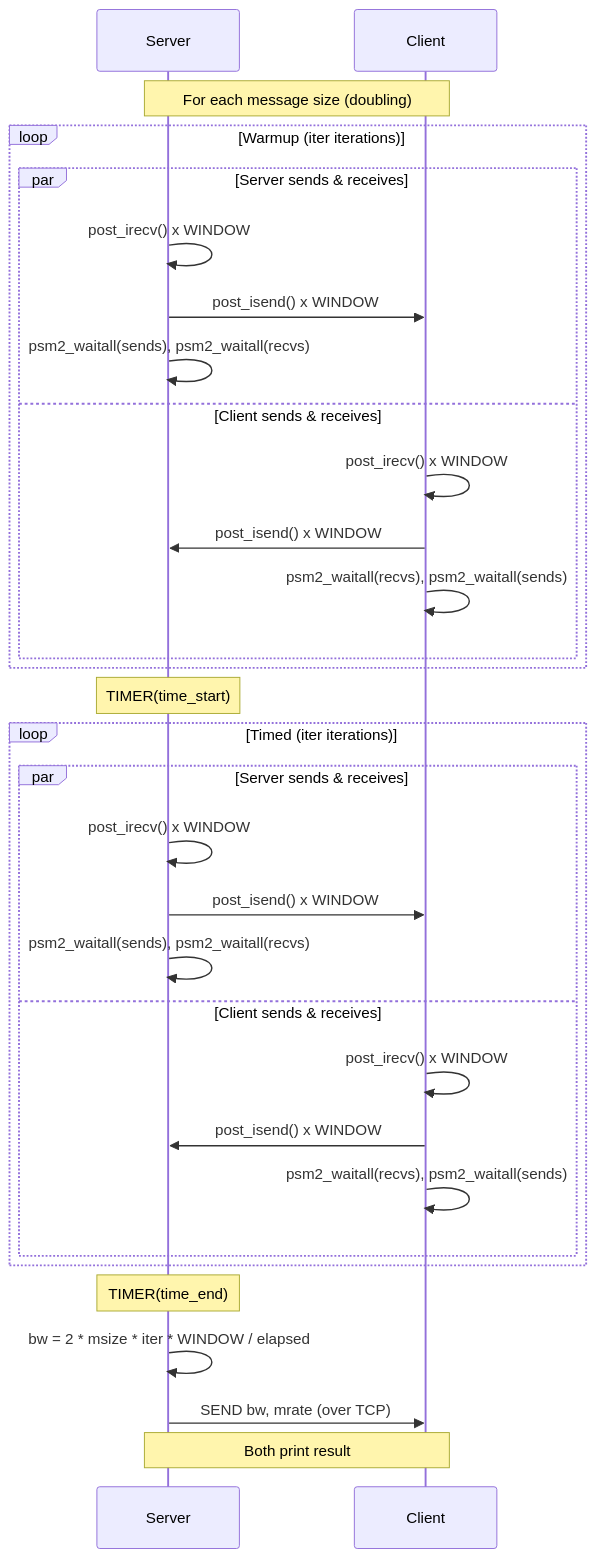
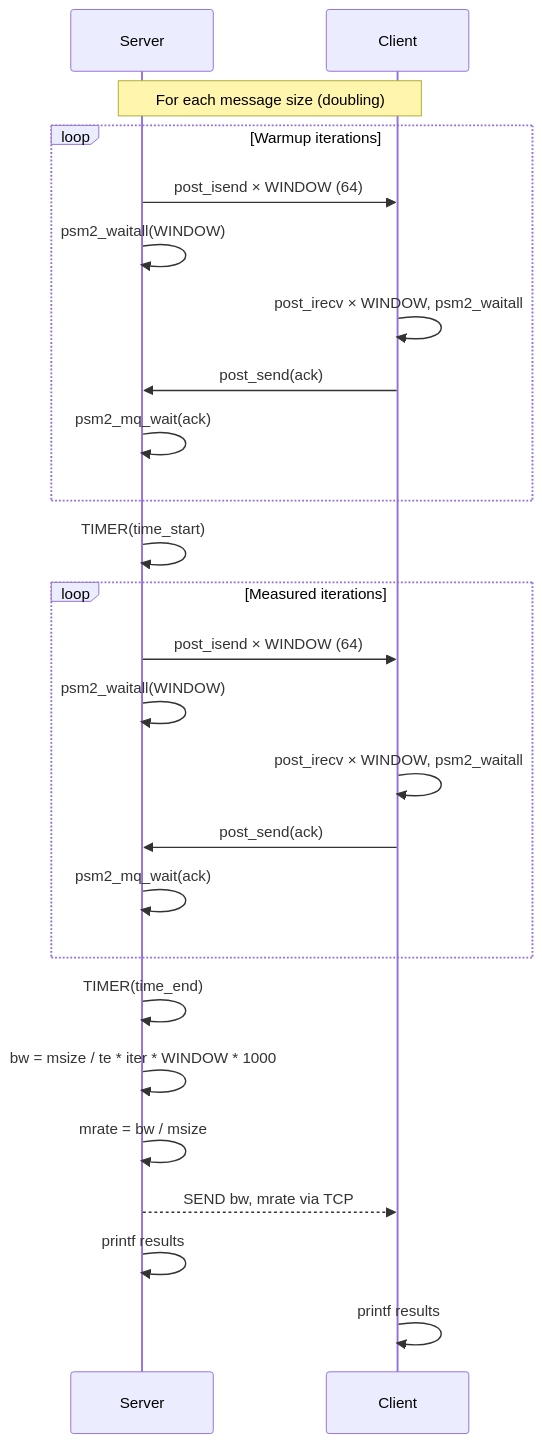
The fourth of 4 diagrams in docs/opa-psm2-tests.md (cornelisnetworks/opa-psm2-tests), drawn with Mermaid before and after one commit. The commit also changed other lines of this file, not shown here.

````diff
--- a/docs/opa-psm2-tests.md
+++ b/docs/opa-psm2-tests.md
@@ -114,37 +118,33 @@
 ```mermaid
 sequenceDiagram
     participant Server
     participant Client
 
     Note over Server,Client: For each message size (doubling)
 
-    loop Warmup (iter iterations)
-        par Server sends & receives
-            Server->>Server: post_irecv() x WINDOW
-            Server->>Client: post_isend() x WINDOW
-            Server->>Server: psm2_waitall(sends), psm2_waitall(recvs)
-        and Client sends & receives
-            Client->>Client: post_irecv() x WINDOW
-            Client->>Server: post_isend() x WINDOW
-            Client->>Client: psm2_waitall(recvs), psm2_waitall(sends)
-        end
+    loop Warmup iterations
+        Server->>Client: post_isend × WINDOW (64)
+        Server->>Server: psm2_waitall(WINDOW)
+        Client->>Client: post_irecv × WINDOW, psm2_waitall
+        Client->>Server: post_send(ack)
+        Server->>Server: psm2_mq_wait(ack)
     end
 
-    Note over Server: TIMER(time_start)
-    loop Timed (iter iterations)
-        par Server sends & receives
-            Server->>Server: post_irecv() x WINDOW
-            Server->>Client: post_isend() x WINDOW
-            Server->>Server: psm2_waitall(sends), psm2_waitall(recvs)
-        and Client sends & receives
-            Client->>Client: post_irecv() x WINDOW
-            Client->>Server: post_isend() x WINDOW
-            Client->>Client: psm2_waitall(recvs), psm2_waitall(sends)
-        end
+    Server->>Server: TIMER(time_start)
+
+    loop Measured iterations
+        Server->>Client: post_isend × WINDOW (64)
+        Server->>Server: psm2_waitall(WINDOW)
+        Client->>Client: post_irecv × WINDOW, psm2_waitall
+        Client->>Server: post_send(ack)
+        Server->>Server: psm2_mq_wait(ack)
     end
-    Note over Server: TIMER(time_end)
 
-    Server->>Server: bw = 2 * msize * iter * WINDOW / elapsed
-    Server->>Client: SEND bw, mrate (over TCP)
-    Note over Server,Client: Both print result
+    Server->>Server: TIMER(time_end)
+    Server->>Server: bw = msize / te * iter * WINDOW * 1000
+    Server->>Server: mrate = bw / msize
+
+    Server-->>Client: SEND bw, mrate via TCP
+    Server->>Server: printf results
+    Client->>Client: printf results
 ```
````
